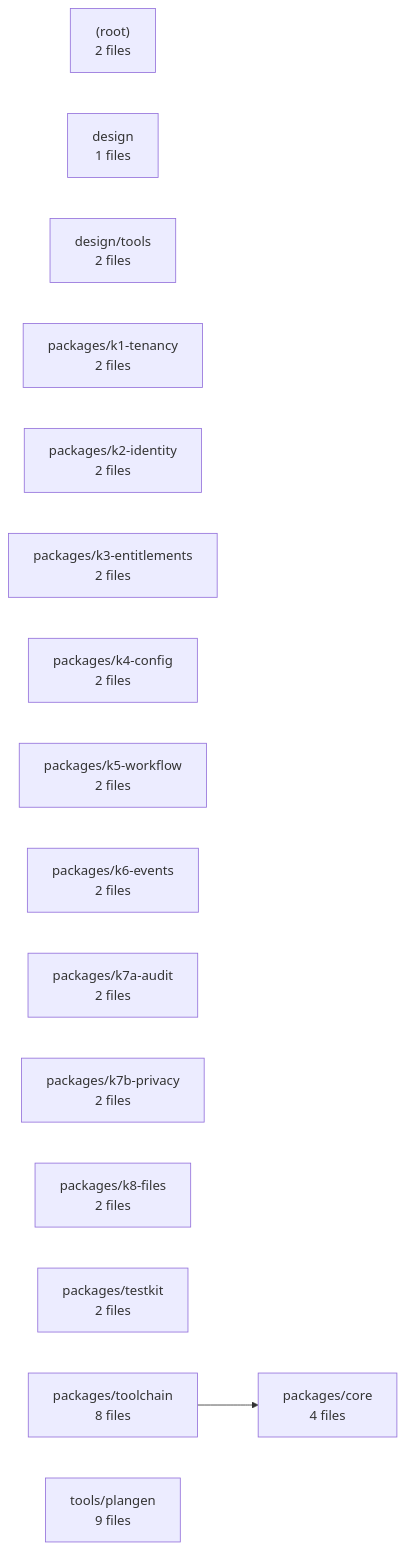
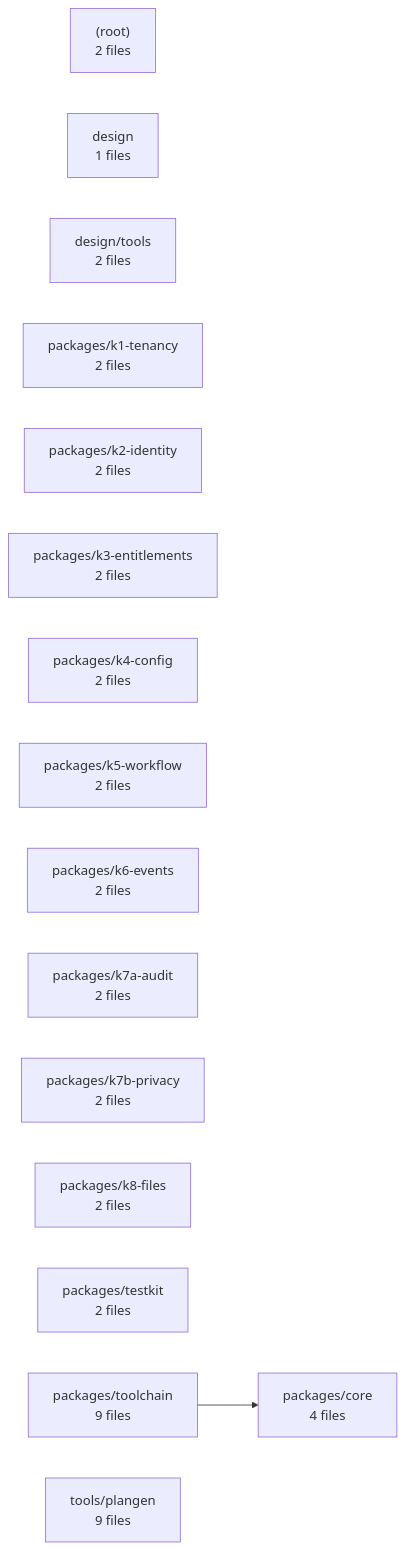
The diagram in .claude/map/diagrams/modules.mmd (AadarshMishraa/epc_dashboard), drawn with Mermaid before and after one commit. The commit also changed 34 other files, not shown here.

```diff
--- a/.claude/map/diagrams/modules.mmd
+++ b/.claude/map/diagrams/modules.mmd
@@ -1,18 +1,18 @@
 flowchart LR
   _root_["(root)<br/>2 files"]
   design["design<br/>1 files"]
   design_tools["design/tools<br/>2 files"]
   packages_core["packages/core<br/>4 files"]
   packages_k1_tenancy["packages/k1-tenancy<br/>2 files"]
   packages_k2_identity["packages/k2-identity<br/>2 files"]
   packages_k3_entitlements["packages/k3-entitlements<br/>2 files"]
   packages_k4_config["packages/k4-config<br/>2 files"]
   packages_k5_workflow["packages/k5-workflow<br/>2 files"]
   packages_k6_events["packages/k6-events<br/>2 files"]
   packages_k7a_audit["packages/k7a-audit<br/>2 files"]
   packages_k7b_privacy["packages/k7b-privacy<br/>2 files"]
   packages_k8_files["packages/k8-files<br/>2 files"]
   packages_testkit["packages/testkit<br/>2 files"]
-  packages_toolchain["packages/toolchain<br/>8 files"]
+  packages_toolchain["packages/toolchain<br/>9 files"]
   tools_plangen["tools/plangen<br/>9 files"]
   packages_toolchain --> packages_core
```
